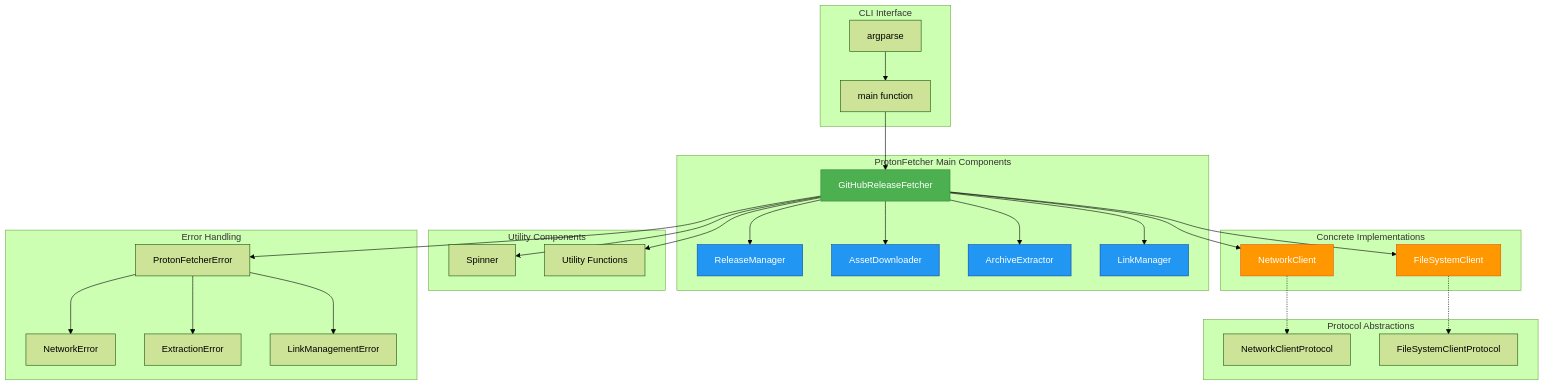
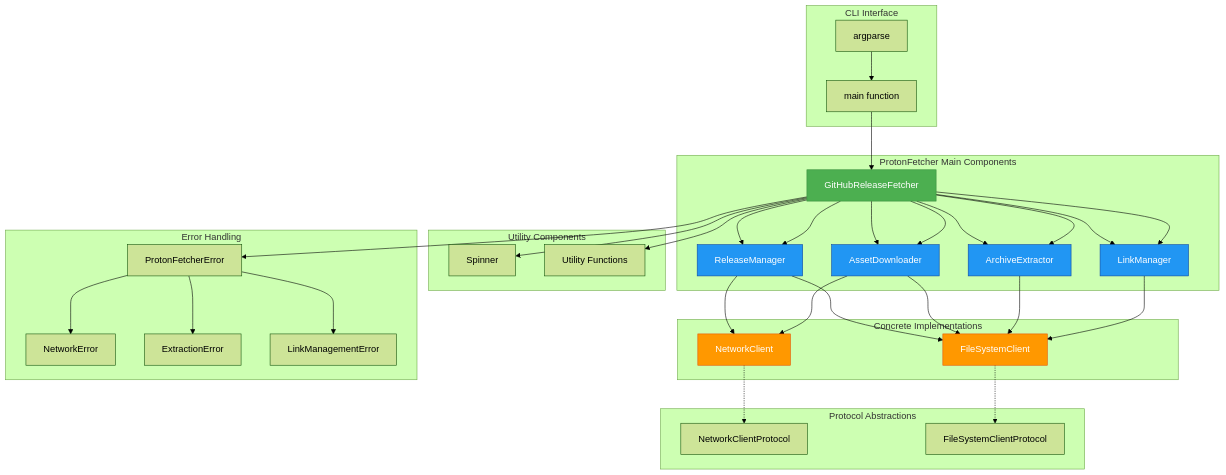
One commit to WombatFromHell/protonge-fetcher changed the first of 4 diagrams in DESIGN.md. Above: the diagram before and after it, drawn with Mermaid (forest theme). The commit also changed other lines of this file and 1 other file, not shown here.

````diff
--- a/DESIGN.md
+++ b/DESIGN.md
@@ -11,57 +11,65 @@
 ```mermaid
 graph TB
     subgraph "ProtonFetcher Main Components"
         A[GitHubReleaseFetcher] --> B[ReleaseManager]
         A --> C[AssetDownloader]
         A --> D[ArchiveExtractor]
         A --> E[LinkManager]
     end
 
     subgraph "Protocol Abstractions"
         F[NetworkClientProtocol]
         G[FileSystemClientProtocol]
     end
 
     subgraph "Concrete Implementations"
         H[NetworkClient]
         I[FileSystemClient]
     end
 
     subgraph "Utility Components"
         J[Spinner]
         K[Utility Functions]
     end
 
     subgraph "CLI Interface"
         L[main function]
         M[argparse]
     end
 
     subgraph "Error Handling"
         N[ProtonFetcherError]
         O[NetworkError]
         P[ExtractionError]
         Q[LinkManagementError]
     end
 
-    A --> H
-    A --> I
+    A --> B
+    A --> C
+    A --> D
+    A --> E
+    B --> H
+    B --> I
+    C --> H
+    C --> I
+    D --> I
+    E --> I
     H -.-> F
     I -.-> G
     A --> J
     A --> K
     L --> A
     M --> L
     A --> N
     N --> O
     N --> P
     N --> Q
 
     style A fill:#4CAF50,stroke:#388E3C,color:#fff
     style B fill:#2196F3,stroke:#0D47A1,color:#fff
     style C fill:#2196F3,stroke:#0D47A1,color:#fff
     style D fill:#2196F3,stroke:#0D47A1,color:#fff
     style E fill:#2196F3,stroke:#0D47A1,color:#fff
     style H fill:#FF9800,stroke:#E65100,color:#fff
     style I fill:#FF9800,stroke:#E65100,color:#fff
 ```
````
